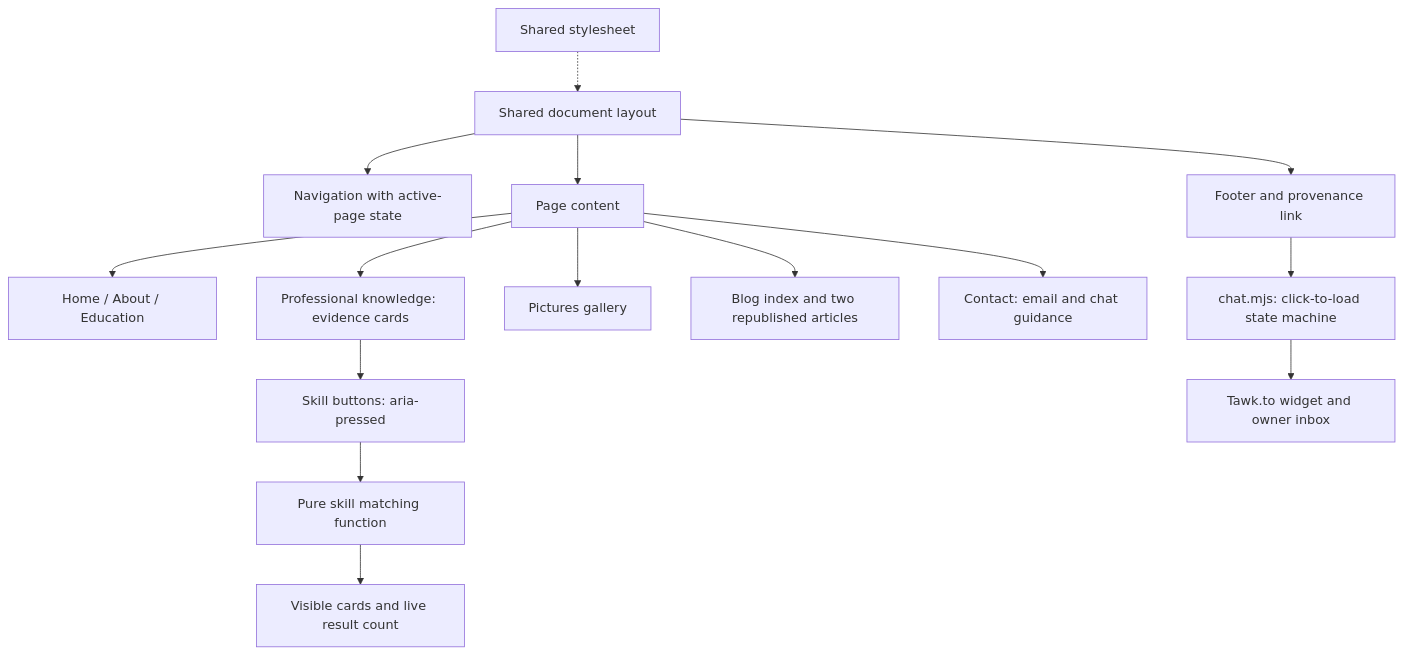
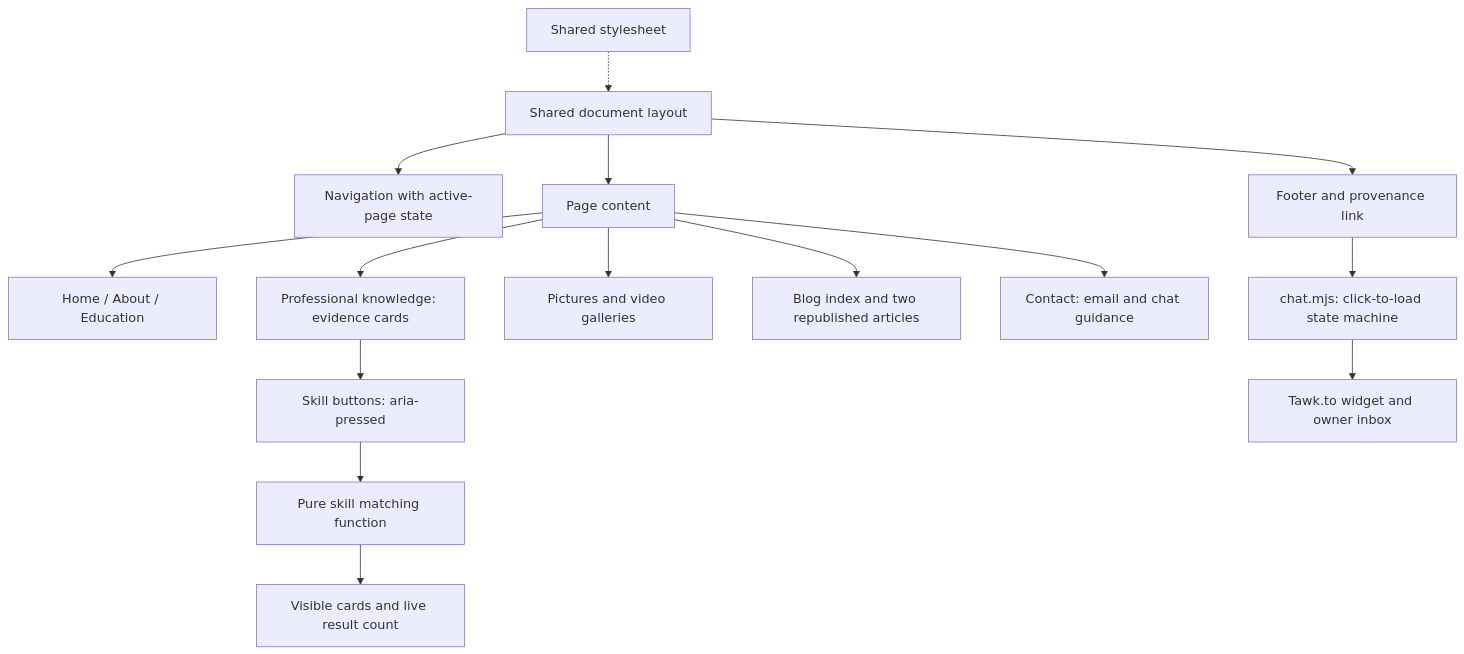
The second of 3 diagrams in 2026-27/SEM1/CS5709 - Software Engineering Evolution/Assignment 1/DESIGN.md (ChiragAgg5k/ul-university-notes), drawn with Mermaid before and after one commit. The commit also changed other lines of this file and 11 other files, not shown here.

First line of the commit message:
feat(cs5709): add a video gallery with an animated MCP explainer

````diff
--- a/2026-27/SEM1/CS5709 - Software Engineering Evolution/Assignment 1/DESIGN.md
+++ b/2026-27/SEM1/CS5709 - Software Engineering Evolution/Assignment 1/DESIGN.md
@@ -32,17 +32,17 @@
 ```mermaid
 flowchart TD
   Layout[Shared document layout] --> Nav[Navigation with active-page state]
   Layout --> Main[Page content]
   Layout --> Footer[Footer and provenance link]
   Main --> Profile[Home / About / Education]
   Main --> Knowledge[Professional knowledge: evidence cards]
   Knowledge --> Controls[Skill buttons: aria-pressed]
   Controls --> Matching[Pure skill matching function]
   Matching --> Status[Visible cards and live result count]
-  Main --> Media[Pictures gallery]
+  Main --> Media[Pictures and video galleries]
   Main --> Blog[Blog index and two republished articles]
   Main --> Contact[Contact: email and chat guidance]
   Footer --> Loader[chat.mjs: click-to-load state machine]
   Loader --> Provider[Tawk.to widget and owner inbox]
   Styles[Shared stylesheet] -.-> Layout
 ```
````
